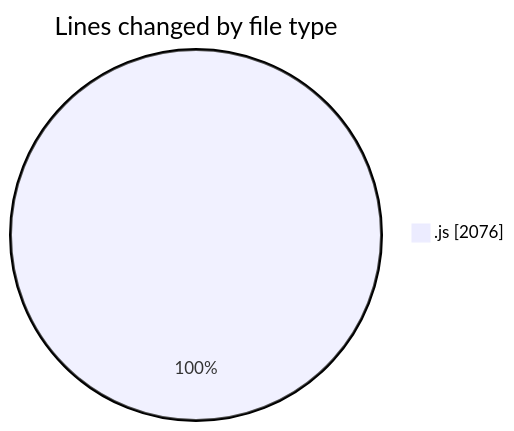
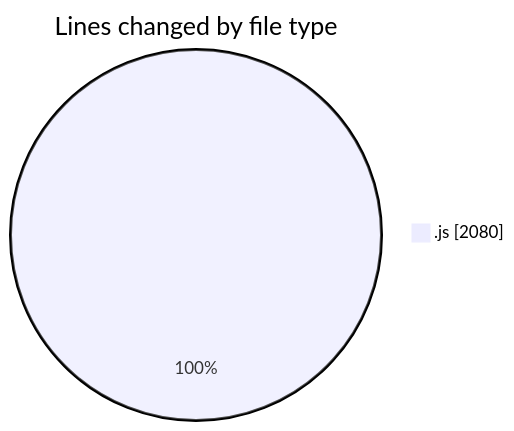
Before and after one commit to nxtqubesakshisongat/code-tracking: the first of 2 diagrams in 2025-09-08/cashcalculator/README.md, drawn with Mermaid. The commit also changed other lines of this file and 1 other file, not shown here.

````diff
--- a/2025-09-08/cashcalculator/README.md
+++ b/2025-09-08/cashcalculator/README.md
@@ -20,5 +20,5 @@
 ```mermaid
 pie showData
 title Lines changed by file type
-".js" : 2076
+".js" : 2080
 ```
````
